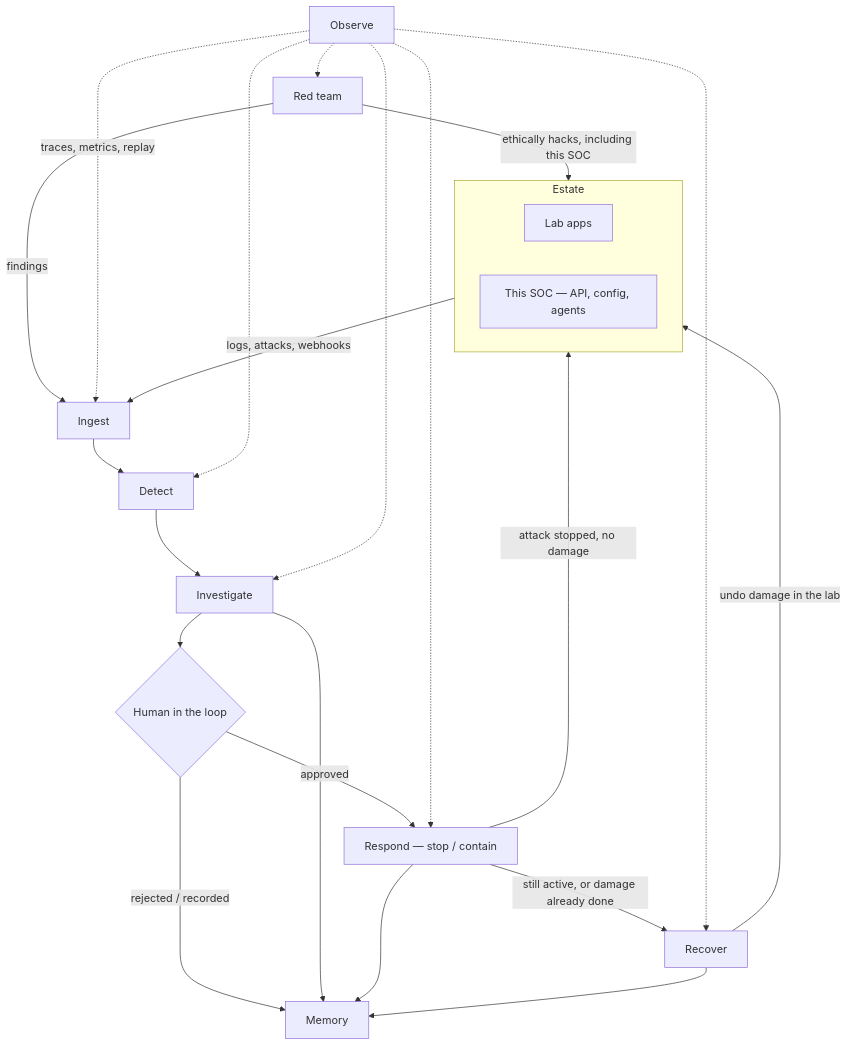
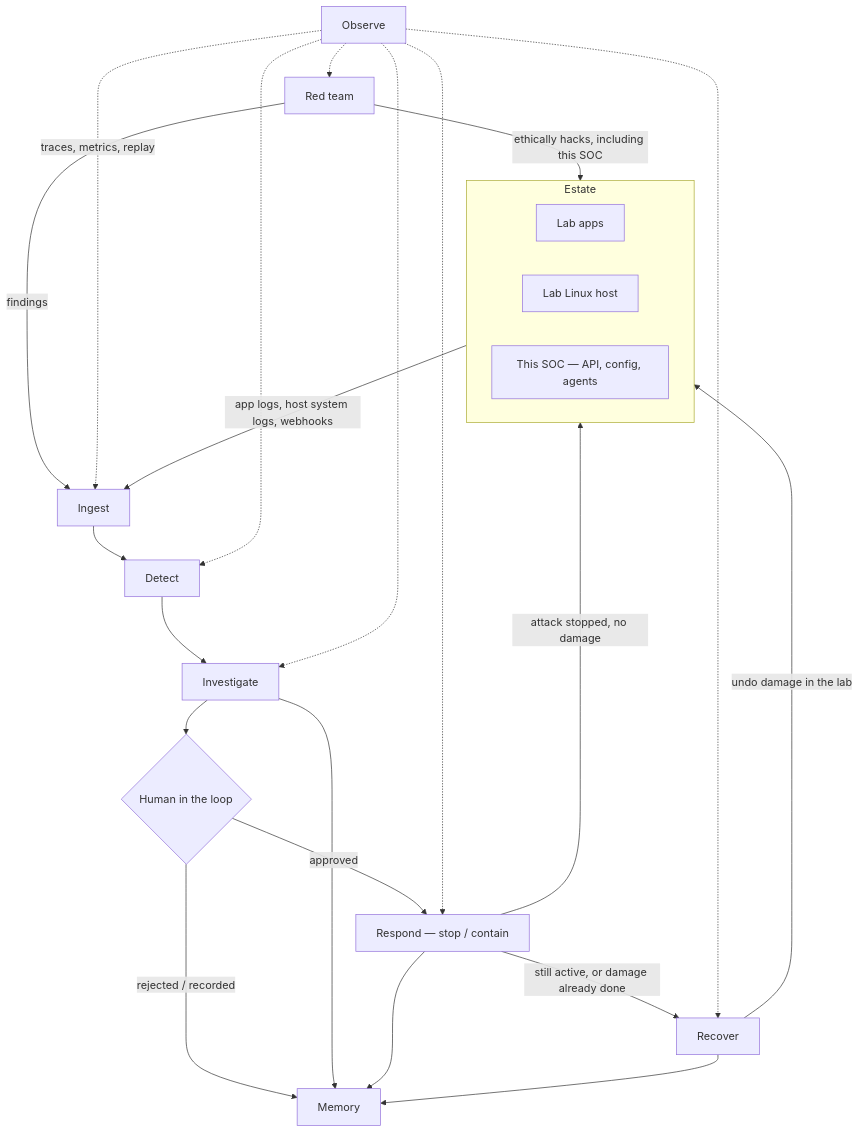
Before and after one commit to prathameshk421/self-defending-soc: the diagram in docs/project-overview.md, drawn with Mermaid. The commit also changed other lines of this file, not shown here.

Commit message:
docs: document lab Linux host and system log ingest in overview

````diff
--- a/docs/project-overview.md
+++ b/docs/project-overview.md
@@ -15,33 +15,34 @@
 ```mermaid
 flowchart TB
   subgraph estate["Estate"]
     lab["Lab apps"]
+    host["Lab Linux host"]
     self["This SOC — API, config, agents"]
   end
 
   red["Red team"] -->|"ethically hacks, including this SOC"| estate
   red -->|"findings"| ingest
 
-  estate -->|"logs, attacks, webhooks"| ingest["Ingest"]
+  estate -->|"app logs, host system logs, webhooks"| ingest["Ingest"]
   ingest --> detect["Detect"]
   detect --> investigate["Investigate"]
   investigate --> hitl{"Human in the loop"}
 
   hitl -->|approved| respond["Respond — stop / contain"]
   hitl -->|rejected / recorded| memory["Memory"]
 
   respond -->|"attack stopped, no damage"| estate
   respond -->|"still active, or damage already done"| recover["Recover"]
   recover -->|"undo damage in the lab"| estate
 
   investigate --> memory
   respond --> memory
   recover --> memory
 
   observe["Observe"] -.->|"traces, metrics, replay"| ingest
   observe -.-> detect
   observe -.-> investigate
   observe -.-> respond
   observe -.-> recover
   observe -.-> red
 ```
````
